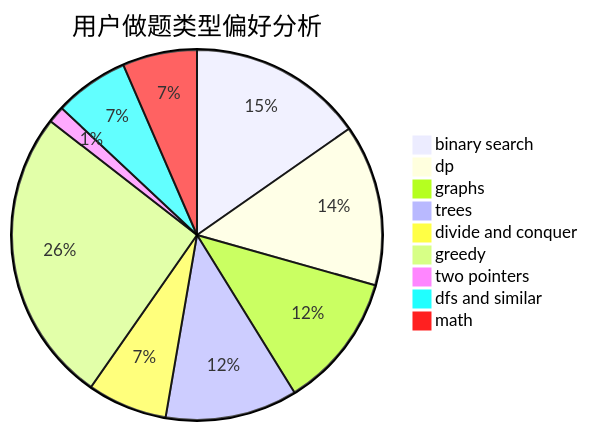
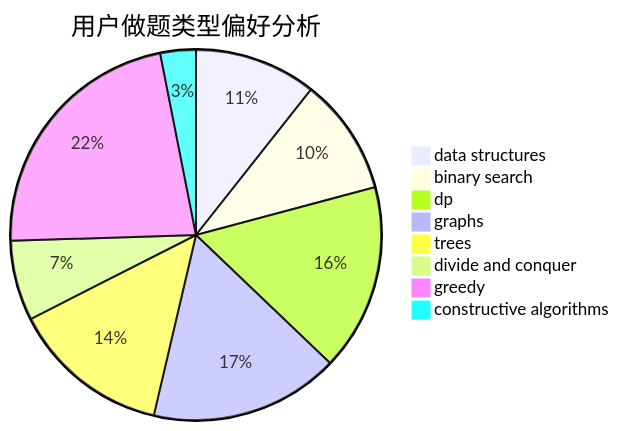
The second of 3 diagrams in docs/user/u618.md (sherpahu/cfrs.github.io), drawn with Mermaid before and after one commit. The commit also changed other lines of this file and 2775 other files, not shown here.

````diff
--- a/docs/user/u618.md
+++ b/docs/user/u618.md
@@ -23,12 +23,11 @@
 ```mermaid
 pie title 用户做题类型偏好分析
-    "binary search" :  228
-    "dp" :  210
-    "graphs" :  176
-    "trees" :  172
-    "divide and conquer" :  104
-    "greedy" :  385
-    "two pointers" :  22
-    "dfs and similar" :  97
-    "math" :  97
+    "data structures" :  96
+    "binary search" :  92
+    "dp" :  147
+    "graphs" :  149
+    "trees" :  125
+    "divide and conquer" :  63
+    "greedy" :  202
+    "constructive algorithms" :  28
 ```
````
